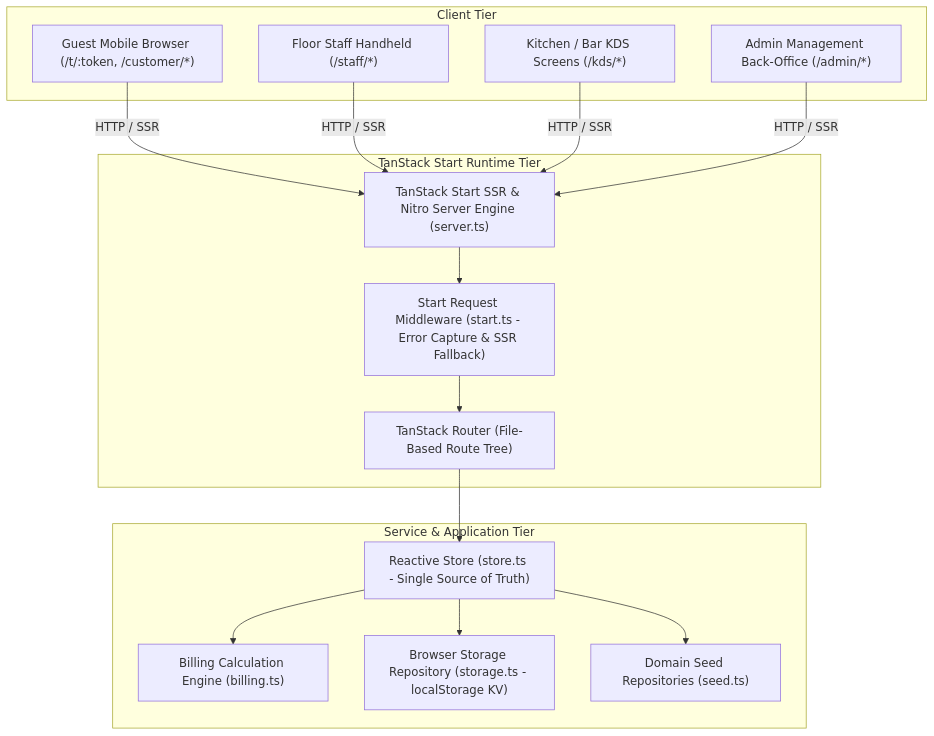
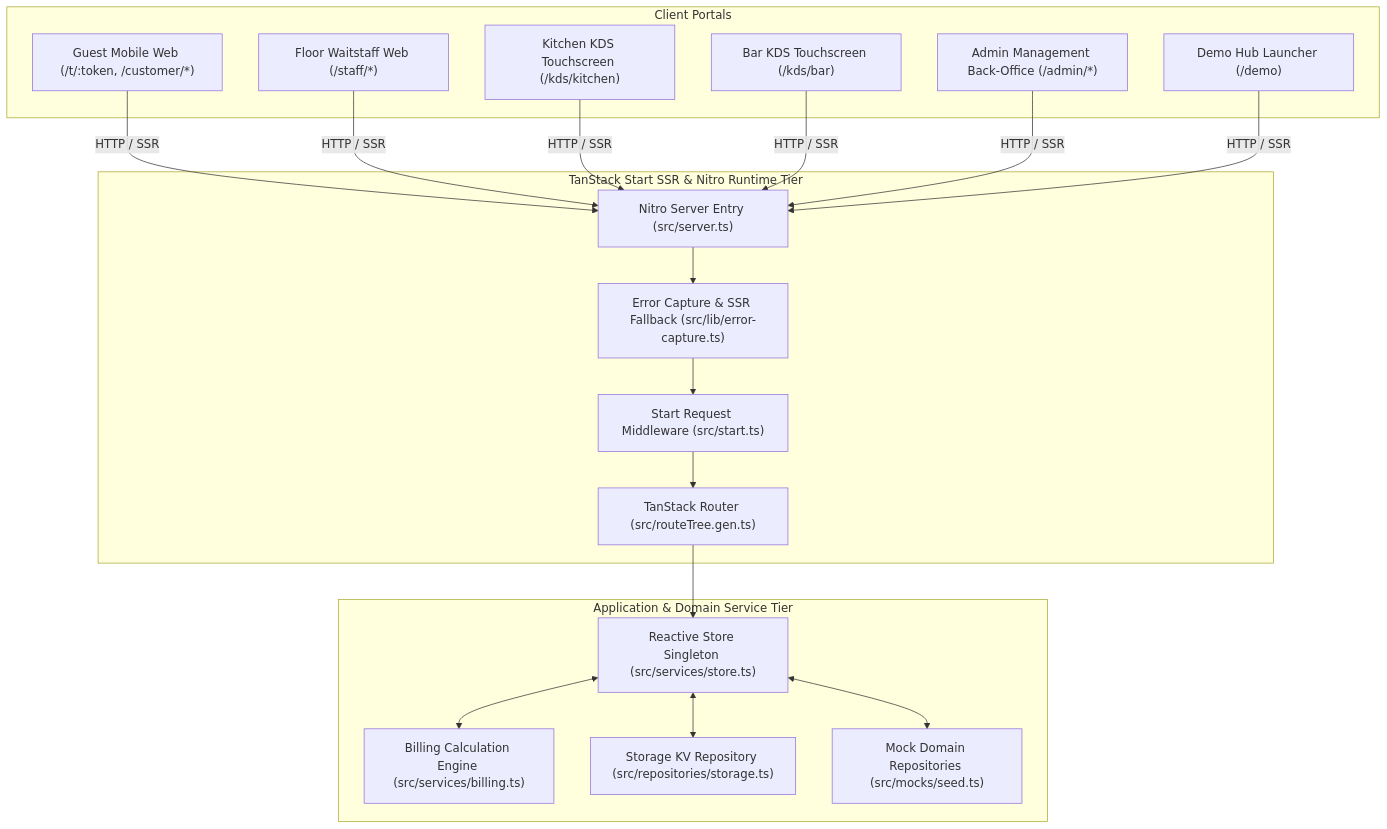
The first of 5 diagrams in TableFlow-Ordering-HLD-LLD-Documentation.md (divyanscloudshiftsolutions/F-B-Registration), drawn with Mermaid before and after one commit. The commit also changed other lines of this file and 17 other files, not shown here.

Commit message:
feat: upgrade database schema for complete tableflow ordering, update seed and documentation

````diff
--- a/TableFlow-Ordering-HLD-LLD-Documentation.md
+++ b/TableFlow-Ordering-HLD-LLD-Documentation.md
@@ -46,34 +47,40 @@
 ```mermaid
 flowchart TD
-    subgraph Client Tier
-        Cust["Guest Mobile Browser (/t/:token, /customer/*)"]
-        Staff["Floor Staff Handheld (/staff/*)"]
-        KDS["Kitchen / Bar KDS Screens (/kds/*)"]
+    subgraph Client Portals
+        Cust["Guest Mobile Web (/t/:token, /customer/*)"]
+        Staff["Floor Waitstaff Web (/staff/*)"]
+        KitchenKDS["Kitchen KDS Touchscreen (/kds/kitchen)"]
+        BarKDS["Bar KDS Touchscreen (/kds/bar)"]
         Admin["Admin Management Back-Office (/admin/*)"]
+        Demo["Demo Hub Launcher (/demo)"]
     end
 
-    subgraph TanStack Start Runtime Tier
-        SSR["TanStack Start SSR & Nitro Server Engine (server.ts)"]
-        Router["TanStack Router (File-Based Route Tree)"]
-        MW["Start Request Middleware (start.ts - Error Capture & SSR Fallback)"]
+    subgraph TanStack Start SSR & Nitro Runtime Tier
+        ServerEntry["Nitro Server Entry (src/server.ts)"]
+        ErrorCapture["Error Capture & SSR Fallback (src/lib/error-capture.ts)"]
+        Middleware["Start Request Middleware (src/start.ts)"]
+        Router["TanStack Router (src/routeTree.gen.ts)"]
     end
 
-    subgraph Service & Application Tier
-        Store["Reactive Store (store.ts - Single Source of Truth)"]
-        BillingSvc["Billing Calculation Engine (billing.ts)"]
-        StorageKV["Browser Storage Repository (storage.ts - localStorage KV)"]
-        SeedMocks["Domain Seed Repositories (seed.ts)"]
+    subgraph Application & Domain Service Tier
+        Store["Reactive Store Singleton (src/services/store.ts)"]
+        Billing["Billing Calculation Engine (src/services/billing.ts)"]
+        StorageKV["Storage KV Repository (src/repositories/storage.ts)"]
+        SeedData["Mock Domain Repositories (src/mocks/seed.ts)"]
     end
 
-    Cust -->|HTTP / SSR| SSR
-    Staff -->|HTTP / SSR| SSR
-    KDS -->|HTTP / SSR| SSR
-    Admin -->|HTTP / SSR| SSR
+    Cust -->|HTTP / SSR| ServerEntry
+    Staff -->|HTTP / SSR| ServerEntry
+    KitchenKDS -->|HTTP / SSR| ServerEntry
+    BarKDS -->|HTTP / SSR| ServerEntry
+    Admin -->|HTTP / SSR| ServerEntry
+    Demo -->|HTTP / SSR| ServerEntry
 
-    SSR --> MW
-    MW --> Router
+    ServerEntry --> ErrorCapture
+    ErrorCapture --> Middleware
+    Middleware --> Router
     Router --> Store
-    Store --> BillingSvc
-    Store --> StorageKV
-    Store --> SeedMocks
+    Store <--> Billing
+    Store <--> StorageKV
+    Store <--> SeedData
 ```
````
